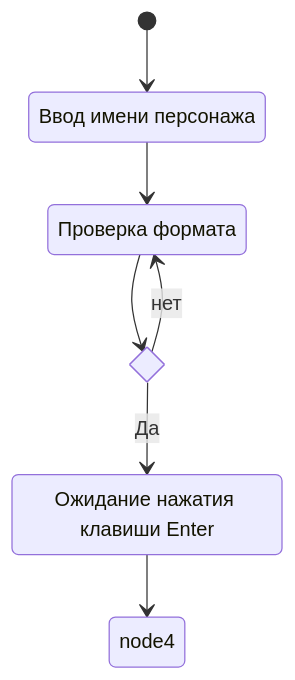
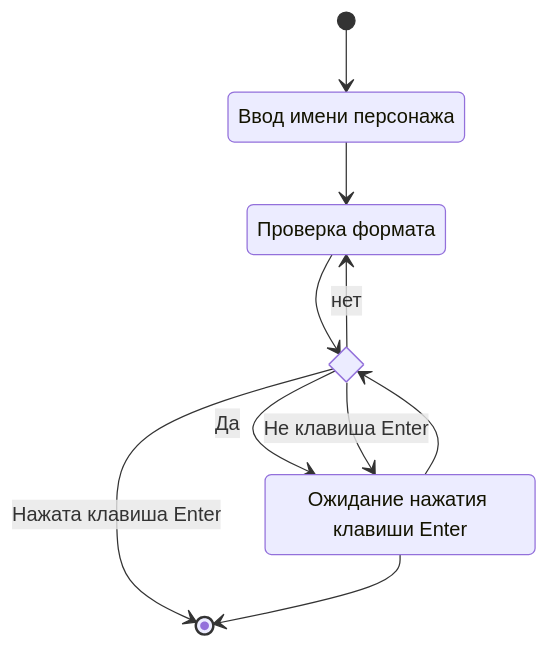
Before and after one commit to EgorVarshutin22107/laughing-potato: the first of 7 diagrams in docs/functions.md, drawn with Mermaid.

````diff
--- a/docs/functions.md
+++ b/docs/functions.md
@@ -56,16 +56,19 @@
 ```mermaid
 stateDiagram-v2
 node1: Ввод имени персонажа
 node2: Проверка формата
 node3: Ожидание нажатия клавиши Enter
 state if_state <<choice>>
 
 
 [*] --> node1
 node1 --> node2
 node2 --> if_state
 if_state --> node3 : Да
-node3 --> node4
+node3 --> if_state
+if_state --> [*] : Нажата клавиша Enter
+node3 --> [*]
+if_state --> node3 : Не клавиша Enter
 if_state --> node2 : нет 
 
 ```
````
